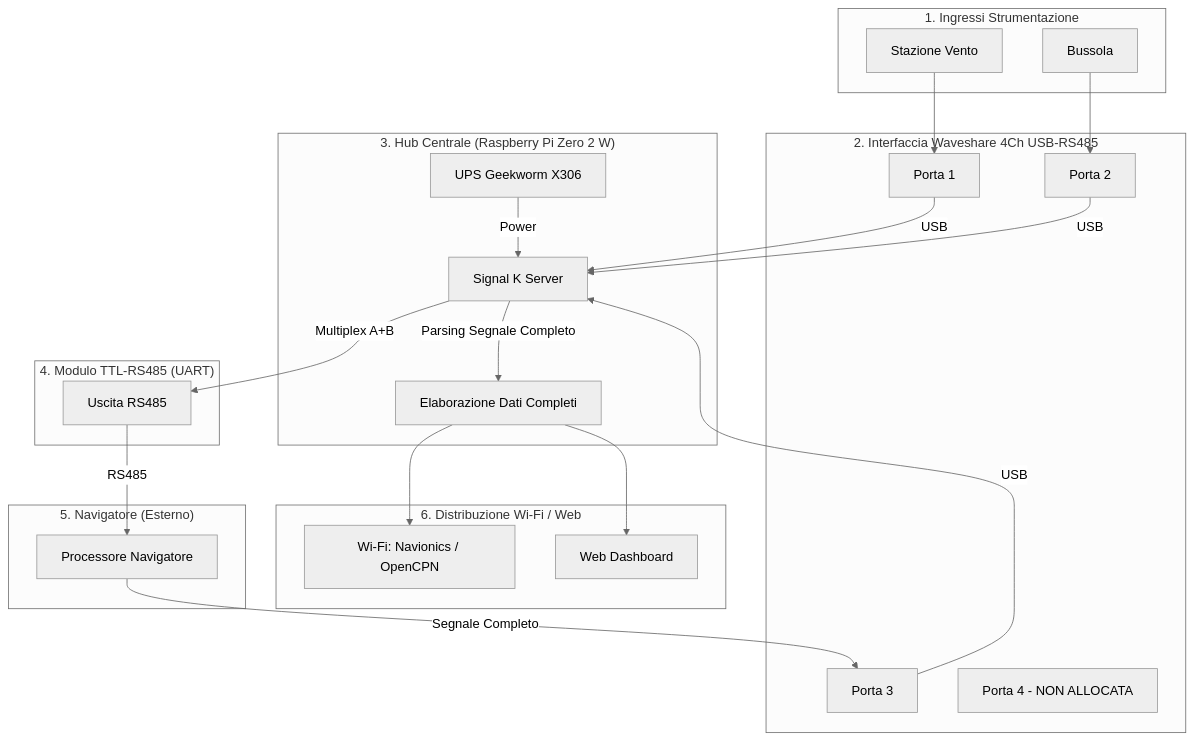
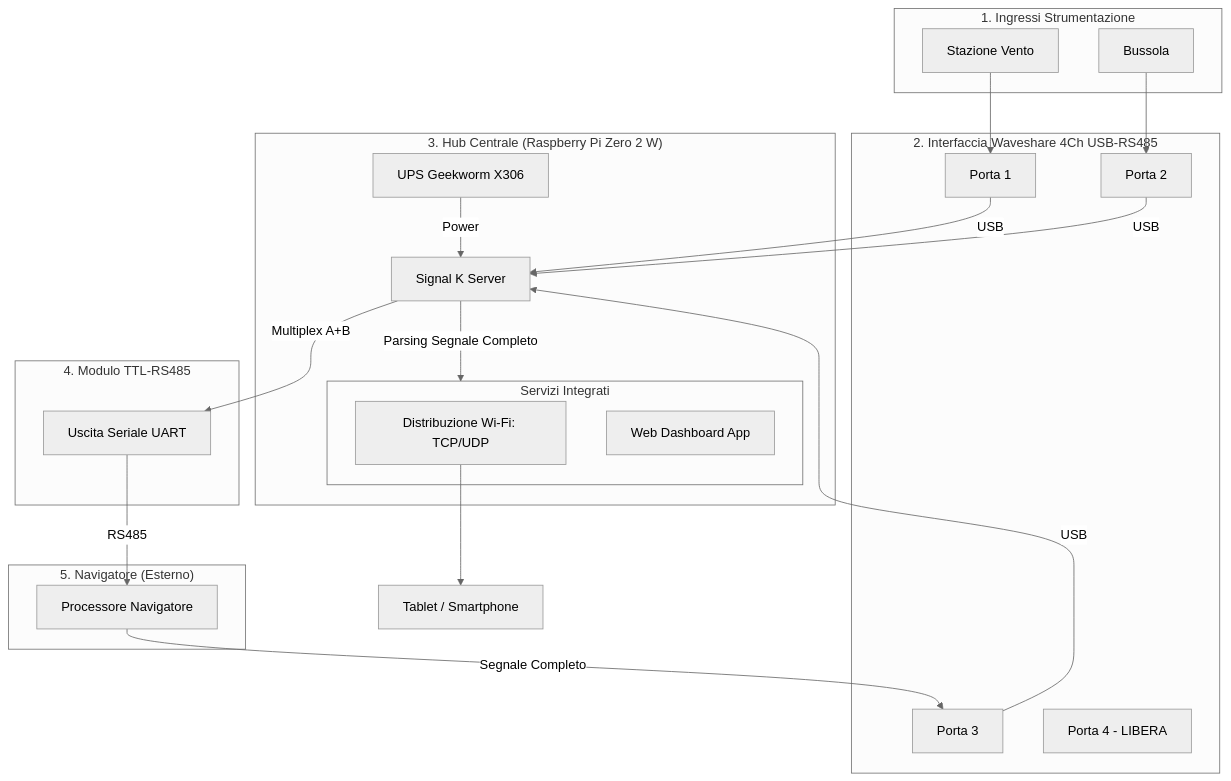
Before and after one commit to PZero/MamaoHub: the diagram in README.md, drawn with Mermaid (neutral theme). The commit also changed other lines of this file, not shown here.

Commit message:
Update: Refined diagram with internal RPi services (Wi-Fi, Web)

````diff
--- a/README.md
+++ b/README.md
@@ -11,51 +11,49 @@
 ```mermaid
 graph TD
     subgraph Ingressi["1. Ingressi Strumentazione"]
         Vento[Stazione Vento]
         Bussola[Bussola]
     end
 
     subgraph Waveshare["2. Interfaccia Waveshare 4Ch USB-RS485"]
         Port1[Porta 1]
         Port2[Porta 2]
         Port3[Porta 3]
-        Port4[Porta 4 - NON ALLOCATA]
+        Port4[Porta 4 - LIBERA]
     end
 
     subgraph RPi["3. Hub Centrale (Raspberry Pi Zero 2 W)"]
         SK[Signal K Server]
         UPS[UPS Geekworm X306] -- Power --> SK
-        SK_Proc[Elaborazione Dati Completi]
+        
+        subgraph Funzionalita["Servizi Integrati"]
+            WiFi[Distribuzione Wi-Fi: TCP/UDP]
+            WebDash[Web Dashboard App]
+        end
     end
 
-    subgraph Bridge["4. Modulo TTL-RS485 (UART)"]
-        TTL[Uscita RS485]
+    subgraph Bridge["4. Modulo TTL-RS485"]
+        TTL[Uscita Seriale UART]
     end
 
     subgraph Nav["5. Navigatore (Esterno)"]
         Nav_Device[Processore Navigatore]
-    end
-
-    subgraph Out["6. Distribuzione Wi-Fi / Web"]
-        WiFi[Wi-Fi: Navionics / OpenCPN]
-        WebDash[Web Dashboard]
     end
 
     %% Flusso Dati Ingresso
     Vento --> Port1
     Bussola --> Port2
     Port1 & Port2 -- USB --> SK
     
     %% Multiplex A+B verso Navigatore
     SK -- "Multiplex A+B" --> TTL
-    TTL -- RS485 --> Nav_Device
+    TTL -- "RS485" --> Nav_Device
     
     %% Rientro Segnale Completo
     Nav_Device -- "Segnale Completo" --> Port3
     Port3 -- USB --> SK
     
-    %% Distribuzione Finale
-    SK -- "Parsing Segnale Completo" --> SK_Proc
-    SK_Proc --> WiFi
-    SK_Proc --> WebDash
+    %% Output Wi-Fi e Web
+    SK -- "Parsing Segnale Completo" --> Funzionalita
+    WiFi --> Tablet[Tablet / Smartphone]
 ```
````
